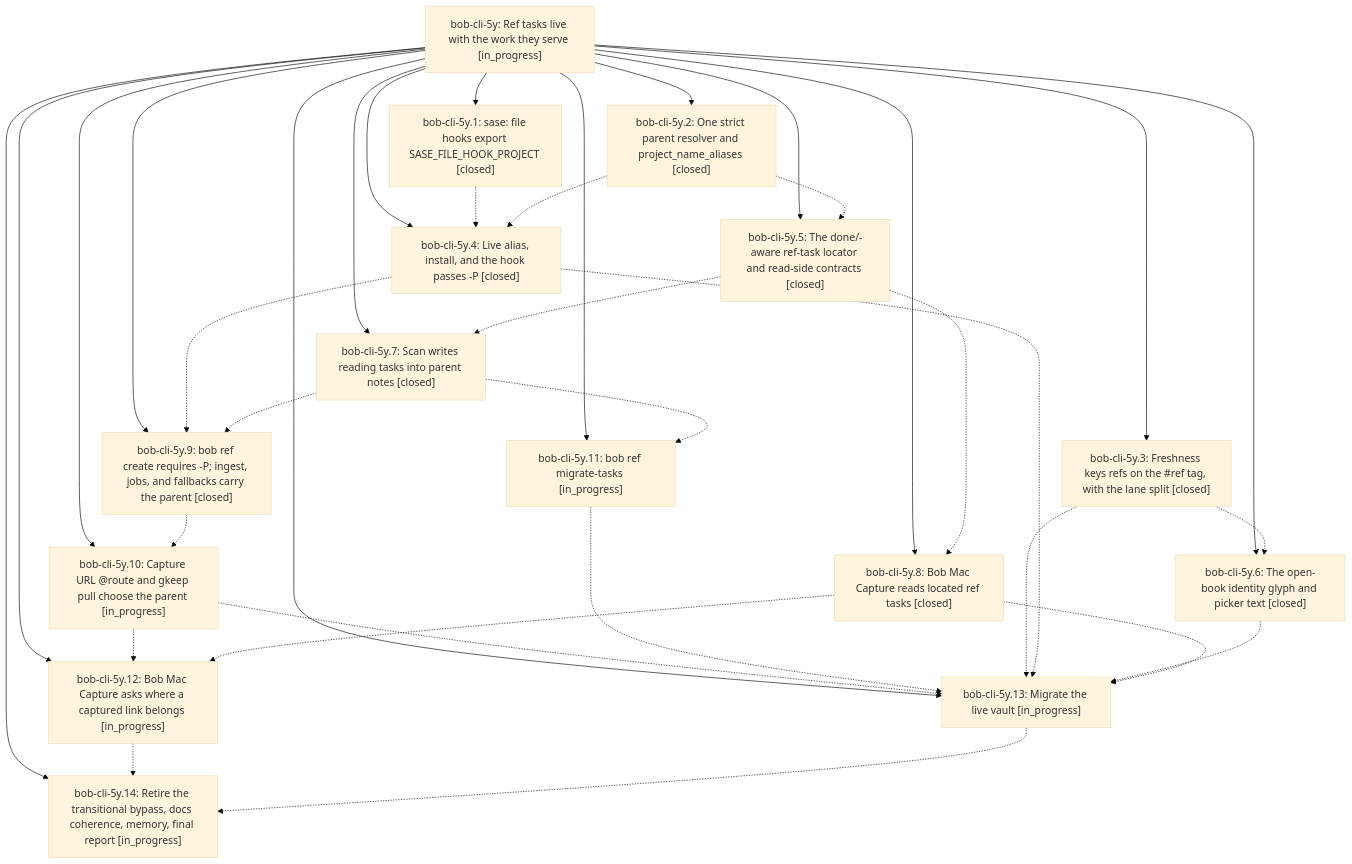
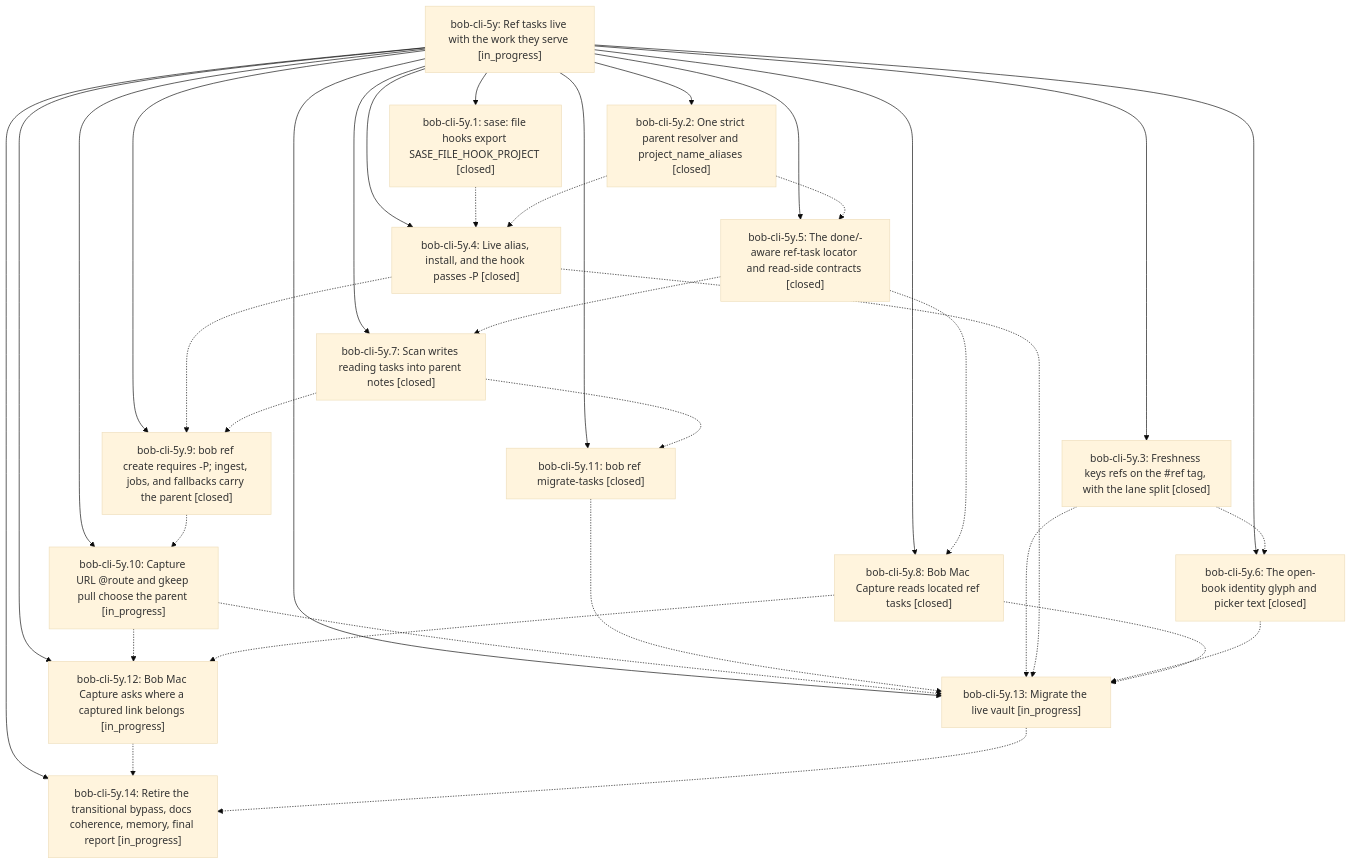
The diagram in pages/bob-cli-5y/README.md (bobs-org/bob-cli--beads), drawn with Mermaid (base theme) before and after one commit. The commit also changed other lines of this file and 5 other files, not shown here.

First line of the commit message:
chore(beads): sync bead state and pages for bob-cli-5y

````diff
--- a/pages/bob-cli-5y/README.md
+++ b/pages/bob-cli-5y/README.md
@@ -55,52 +55,52 @@
 ```mermaid
 flowchart TD
     n0["bob-cli-5y: Ref tasks live with the work they serve [in_progress]"]
     n1["bob-cli-5y.1: sase: file hooks export SASE_FILE_HOOK_PROJECT [closed]"]
     n2["bob-cli-5y.10: Capture URL @route and gkeep pull choose the parent [in_progress]"]
-    n3["bob-cli-5y.11: bob ref migrate-tasks [in_progress]"]
+    n3["bob-cli-5y.11: bob ref migrate-tasks [closed]"]
     n4["bob-cli-5y.12: Bob Mac Capture asks where a captured link belongs [in_progress]"]
     n5["bob-cli-5y.13: Migrate the live vault [in_progress]"]
     n6["bob-cli-5y.14: Retire the transitional bypass, docs coherence, memory, final report [in_progress]"]
     n7["bob-cli-5y.2: One strict parent resolver and project_name_aliases [closed]"]
     n8["bob-cli-5y.3: Freshness keys refs on the #ref tag, with the lane split [closed]"]
     n9["bob-cli-5y.4: Live alias, install, and the hook passes -P [closed]"]
     n10["bob-cli-5y.5: The done/-aware ref-task locator and read-side contracts [closed]"]
     n11["bob-cli-5y.6: The open-book identity glyph and picker text [closed]"]
     n12["bob-cli-5y.7: Scan writes reading tasks into parent notes [closed]"]
     n13["bob-cli-5y.8: Bob Mac Capture reads located ref tasks [closed]"]
     n14["bob-cli-5y.9: bob ref create requires -P; ingest, jobs, and fallbacks carry the parent [closed]"]
     n0 --> n1
     n0 --> n2
     n0 --> n3
     n0 --> n4
     n0 --> n5
     n0 --> n6
     n0 --> n7
     n0 --> n8
     n0 --> n9
     n0 --> n10
     n0 --> n11
     n0 --> n12
     n0 --> n13
     n0 --> n14
     n1 -.-> n9
     n2 -.-> n4
     n2 -.-> n5
     n3 -.-> n5
     n4 -.-> n6
     n5 -.-> n6
     n7 -.-> n9
     n7 -.-> n10
     n8 -.-> n5
     n8 -.-> n11
     n9 -.-> n5
     n9 -.-> n14
     n10 -.-> n12
     n10 -.-> n13
     n11 -.-> n5
     n12 -.-> n3
     n12 -.-> n14
     n13 -.-> n4
     n13 -.-> n5
     n14 -.-> n2
 ```
````
